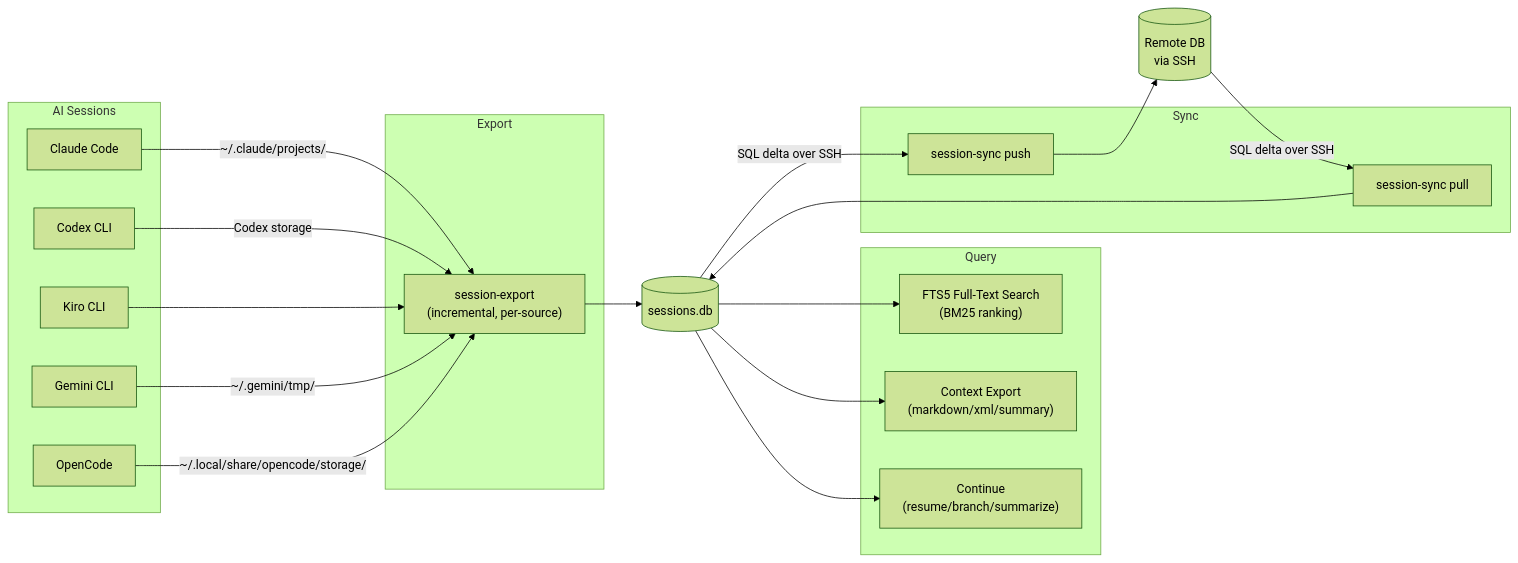
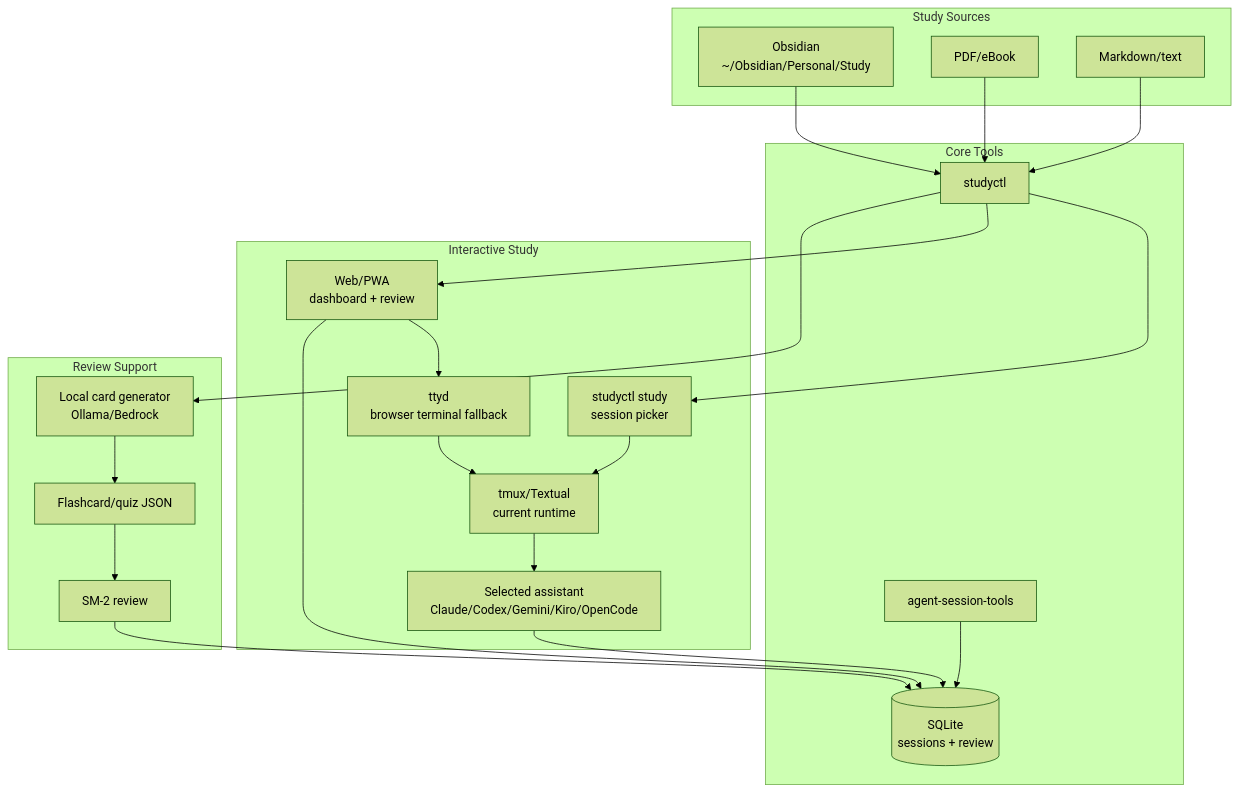
One commit to NetDevAutomate/StudyLoop changed the first of 4 diagrams in docs/system-overview.md. Above: the diagram before and after it, drawn with Mermaid (forest theme). The commit also changed other lines of this file and 44 other files, not shown here.

Commit message:
Document StudyLoop architecture and local study flow

````diff
--- a/docs/system-overview.md
+++ b/docs/system-overview.md
@@ -262,42 +14,45 @@
 ```mermaid
-flowchart LR
-    subgraph "AI Sessions"
-        CC["Claude Code"]
-        CX["Codex CLI"]
-        KI["Kiro CLI"]
-        GE["Gemini CLI"]
-        OC["OpenCode"]
+flowchart TB
+    subgraph "Study Sources"
+        Obsidian["Obsidian<br/>~/Obsidian/Personal/Study"]
+        PDF["PDF/eBook"]
+        Text["Markdown/text"]
     end
 
-    subgraph "Export"
-        EX["session-export<br/>(incremental, per-source)"]
+    subgraph "Core Tools"
+        Studyctl["studyctl"]
+        AST["agent-session-tools"]
+        DB[("SQLite<br/>sessions + review")]
     end
 
-    subgraph "Query"
-        FTS["FTS5 Full-Text Search<br/>(BM25 ranking)"]
-        CTX["Context Export<br/>(markdown/xml/summary)"]
-        CONT["Continue<br/>(resume/branch/summarize)"]
+    subgraph "Interactive Study"
+        Picker["studyctl study<br/>session picker"]
+        Agent["Selected assistant<br/>Claude/Codex/Gemini/Kiro/OpenCode"]
+        Tmux["tmux/Textual<br/>current runtime"]
+        Web["Web/PWA<br/>dashboard + review"]
+        TTYD["ttyd<br/>browser terminal fallback"]
     end
 
-    subgraph "Sync"
-        PUSH["session-sync push"]
-        PULL["session-sync pull"]
+    subgraph "Review Support"
+        Generator["Local card generator<br/>Ollama/Bedrock"]
+        JSON["Flashcard/quiz JSON"]
+        Review["SM-2 review"]
     end
 
-    DB[(sessions.db)]
-    REMOTE[(Remote DB<br/>via SSH)]
-
-    CC -->|"~/.claude/projects/"| EX
-    CX -->|"Codex storage"| EX
-    KI --> EX
-    GE -->|"~/.gemini/tmp/"| EX
-    OC -->|"~/.local/share/opencode/storage/"| EX
-    EX --> DB
-
-    DB --> FTS
-    DB --> CTX
-    DB --> CONT
-
-    DB -->|"SQL delta over SSH"| PUSH --> REMOTE
-    REMOTE -->|"SQL delta over SSH"| PULL --> DB
+    Obsidian --> Studyctl
+    PDF --> Studyctl
+    Text --> Studyctl
+    Studyctl --> Picker
+    Picker --> Tmux
+    Tmux --> Agent
+    Studyctl --> Web
+    Web --> TTYD
+    TTYD --> Tmux
+    Agent --> DB
+    AST --> DB
+    Studyctl --> Generator
+    Generator --> JSON
+    JSON --> Review
+    Review --> DB
+    Web --> DB
 ```
````
